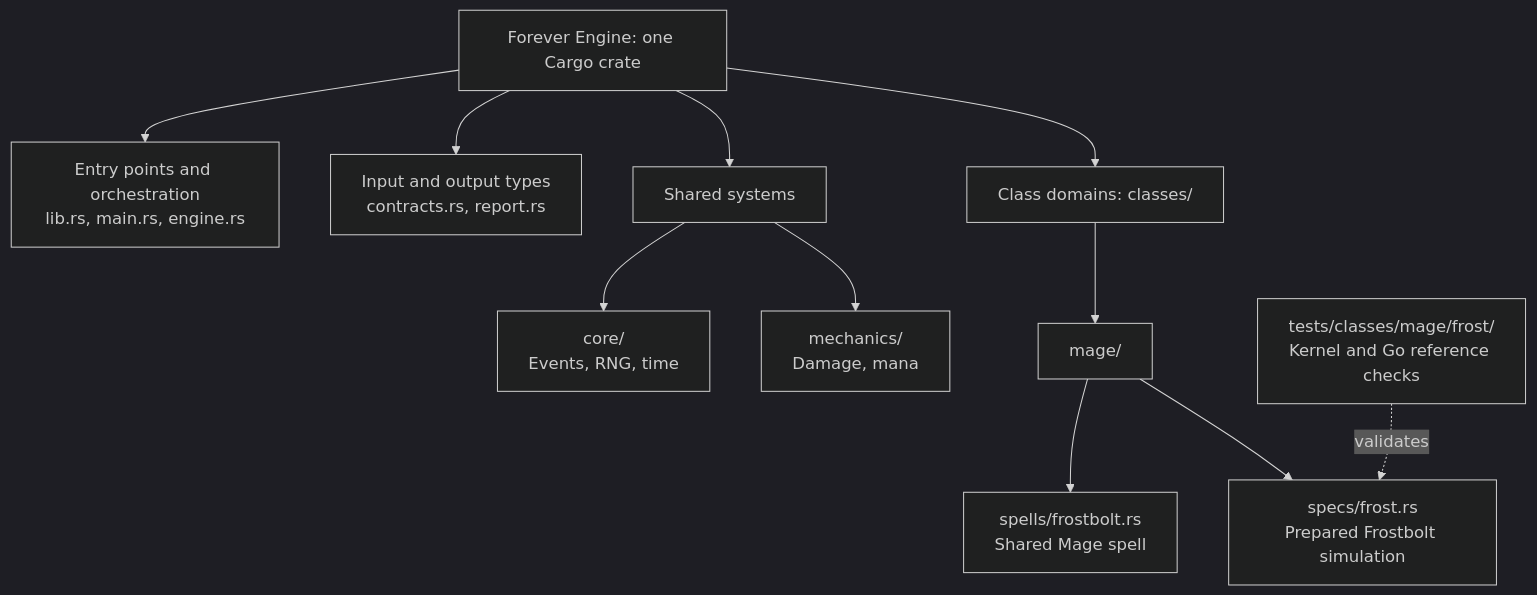
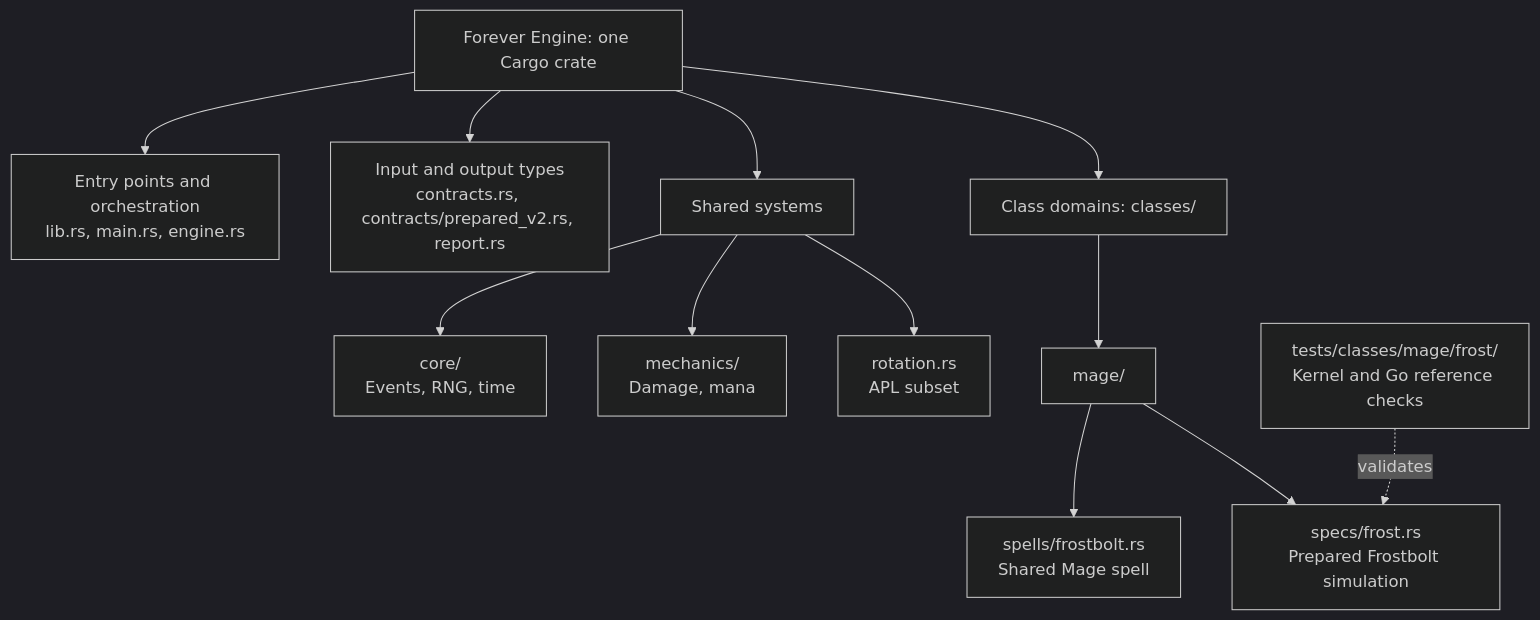
One commit to sage3648/mythicsim-forever-engine changed the diagram in README.md. Above: the diagram before and after it, drawn with Mermaid (dark theme). The commit also changed other lines of this file and 30 other files, not shown here.

````diff
--- a/README.md
+++ b/README.md
@@ -50,14 +55,15 @@
 ```mermaid
 flowchart TD
     Crate["Forever Engine: one Cargo crate"]
     Crate --> Entry["Entry points and orchestration<br/>lib.rs, main.rs, engine.rs"]
-    Crate --> Types["Input and output types<br/>contracts.rs, report.rs"]
+    Crate --> Types["Input and output types<br/>contracts.rs, contracts/prepared_v2.rs, report.rs"]
     Crate --> Shared["Shared systems"]
     Crate --> Classes["Class domains: classes/"]
     Shared --> Core["core/<br/>Events, RNG, time"]
     Shared --> Mechanics["mechanics/<br/>Damage, mana"]
+    Shared --> Rotation["rotation.rs<br/>APL subset"]
     Classes --> Mage["mage/"]
     Mage --> Spells["spells/frostbolt.rs<br/>Shared Mage spell"]
     Mage --> Frost["specs/frost.rs<br/>Prepared Frostbolt simulation"]
     Tests["tests/classes/mage/frost/<br/>Kernel and Go reference checks"] -. validates .-> Frost
 ```
````
